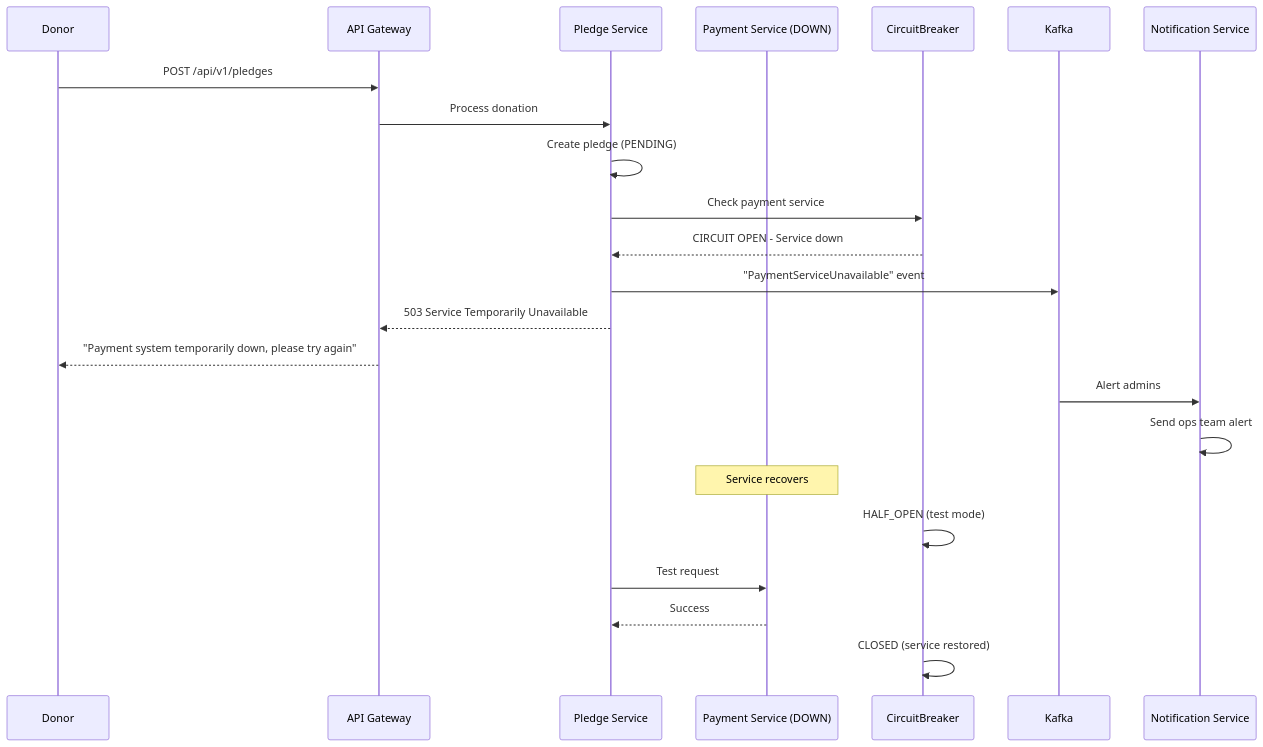
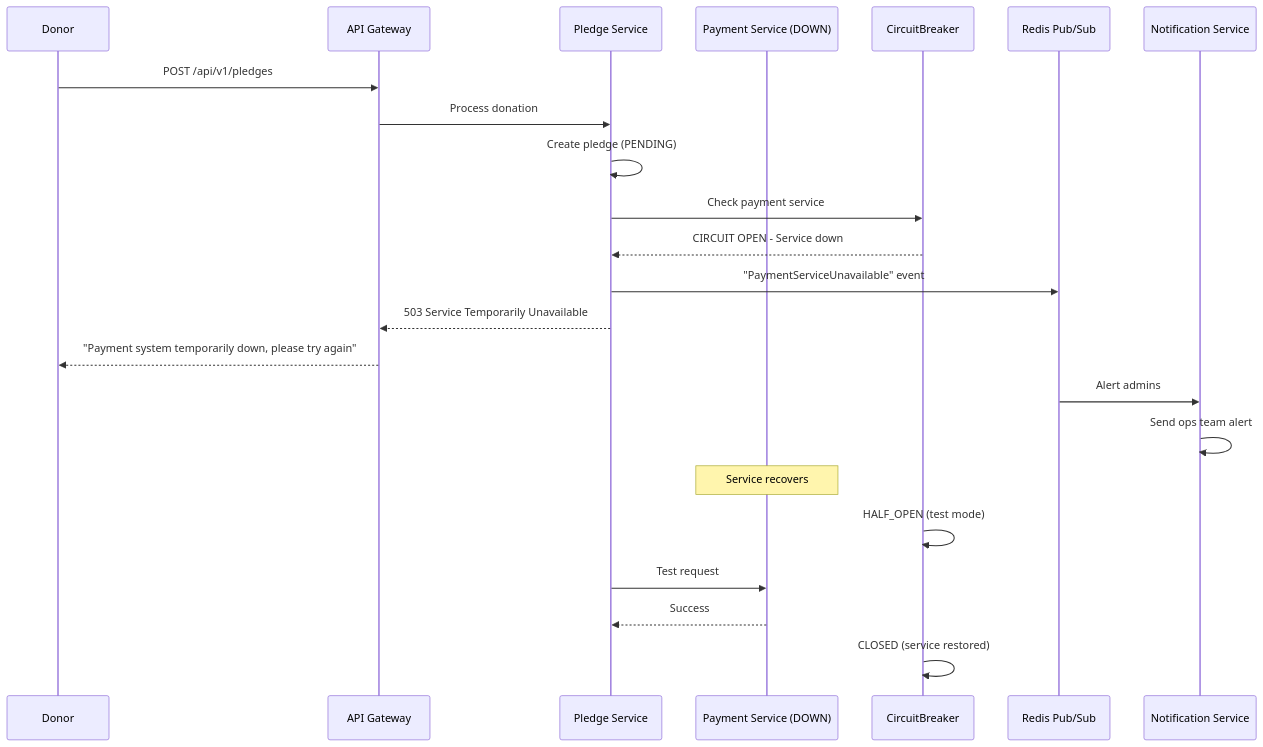
Diagram 11 of 20 in docs/others/SYSTEM_FLOW.md (SM-Shaan/API_Hackathon_Innovatrix), drawn with Mermaid before and after one commit. The commit also changed other lines of this file and 5 other files, not shown here.

First line of the commit message:
docs: add comprehensive architecture diagrams to README

````diff
--- a/docs/others/SYSTEM_FLOW.md
+++ b/docs/others/SYSTEM_FLOW.md
@@ -348,29 +348,29 @@
 ```mermaid
 sequenceDiagram
     participant Donor
     participant Gateway as API Gateway
     participant PledgeSvc as Pledge Service
     participant PaymentSvc as Payment Service (DOWN)
     participant CircuitBreaker
-    participant Kafka
+    participant RedisPubSub as Redis Pub/Sub
     participant NotificationSvc as Notification Service
-    
+
     Donor->>Gateway: POST /api/v1/pledges
     Gateway->>PledgeSvc: Process donation
     PledgeSvc->>PledgeSvc: Create pledge (PENDING)
     PledgeSvc->>CircuitBreaker: Check payment service
     CircuitBreaker-->>PledgeSvc: CIRCUIT OPEN - Service down
-    
-    PledgeSvc->>Kafka: "PaymentServiceUnavailable" event
+
+    PledgeSvc->>RedisPubSub: "PaymentServiceUnavailable" event
     PledgeSvc-->>Gateway: 503 Service Temporarily Unavailable
     Gateway-->>Donor: "Payment system temporarily down, please try again"
-    
-    Kafka->>NotificationSvc: Alert admins
+
+    RedisPubSub->>NotificationSvc: Alert admins
     NotificationSvc->>NotificationSvc: Send ops team alert
     
     Note over PaymentSvc: Service recovers
     CircuitBreaker->>CircuitBreaker: HALF_OPEN (test mode)
     PledgeSvc->>PaymentSvc: Test request
     PaymentSvc-->>PledgeSvc: Success
     CircuitBreaker->>CircuitBreaker: CLOSED (service restored)
 ```
````
